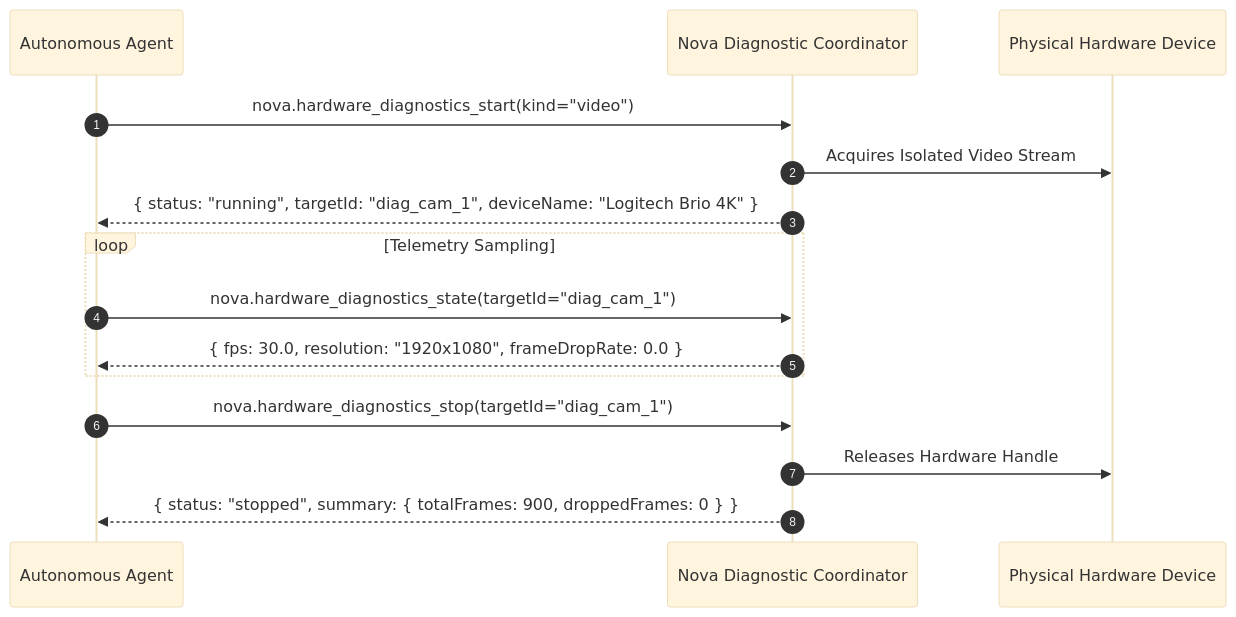
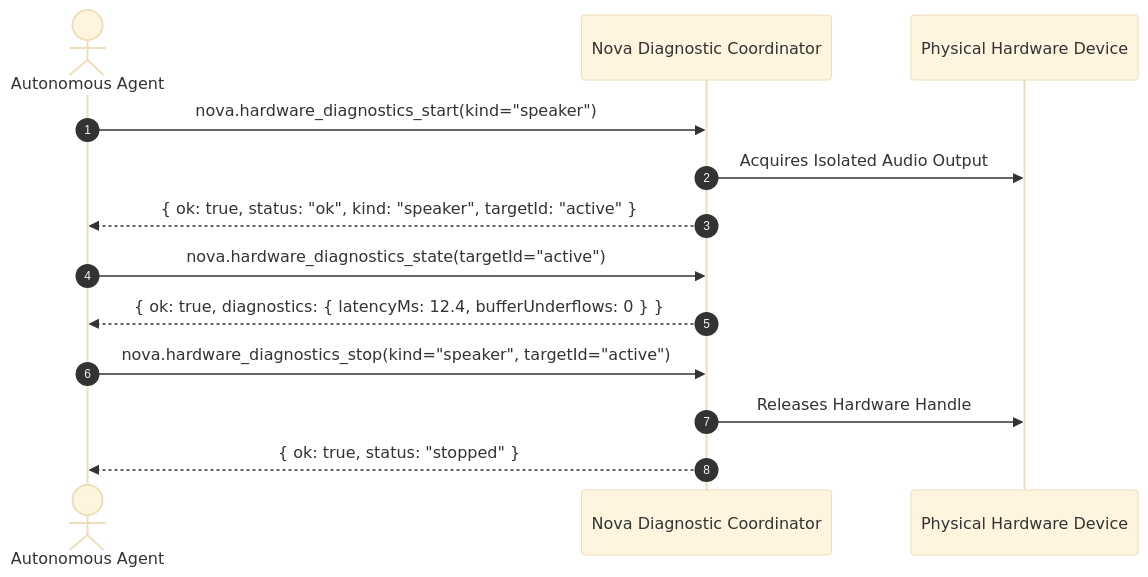
Before and after one commit to joelaniol/nova: the second of 2 diagrams in docs/core-features/media-intelligence/devices-and-permissions/hardware-routing-and-diagnostics/README.md, drawn with Mermaid (base theme). The commit also changed other lines of this file and 5 other files, not shown here.

````diff
--- a/docs/core-features/media-intelligence/devices-and-permissions/hardware-routing-and-diagnostics/README.md
+++ b/docs/core-features/media-intelligence/devices-and-permissions/hardware-routing-and-diagnostics/README.md
@@ -41,20 +87,18 @@
 ```mermaid
 sequenceDiagram
     autonumber
-    participant Agent as Autonomous Agent
+    actor Agent as Autonomous Agent
     participant Nova as Nova Diagnostic Coordinator
     participant Hardware as Physical Hardware Device
 
-    Agent->>Nova: nova.hardware_diagnostics_start(kind="video")
-    Nova->>Hardware: Acquires Isolated Video Stream
-    Nova-->>Agent: { status: "running", targetId: "diag_cam_1", deviceName: "Logitech Brio 4K" }
+    Agent->>Nova: nova.hardware_diagnostics_start(kind="speaker")
+    Nova->>Hardware: Acquires Isolated Audio Output
+    Nova-->>Agent: { ok: true, status: "ok", kind: "speaker", targetId: "active" }
 
-    loop Telemetry Sampling
-        Agent->>Nova: nova.hardware_diagnostics_state(targetId="diag_cam_1")
-        Nova-->>Agent: { fps: 30.0, resolution: "1920x1080", frameDropRate: 0.0 }
-    end
+    Agent->>Nova: nova.hardware_diagnostics_state(targetId="active")
+    Nova-->>Agent: { ok: true, diagnostics: { latencyMs: 12.4, bufferUnderflows: 0 } }
 
-    Agent->>Nova: nova.hardware_diagnostics_stop(targetId="diag_cam_1")
+    Agent->>Nova: nova.hardware_diagnostics_stop(kind="speaker", targetId="active")
     Nova->>Hardware: Releases Hardware Handle
-    Nova-->>Agent: { status: "stopped", summary: { totalFrames: 900, droppedFrames: 0 } }
+    Nova-->>Agent: { ok: true, status: "stopped" }
 ```
````
